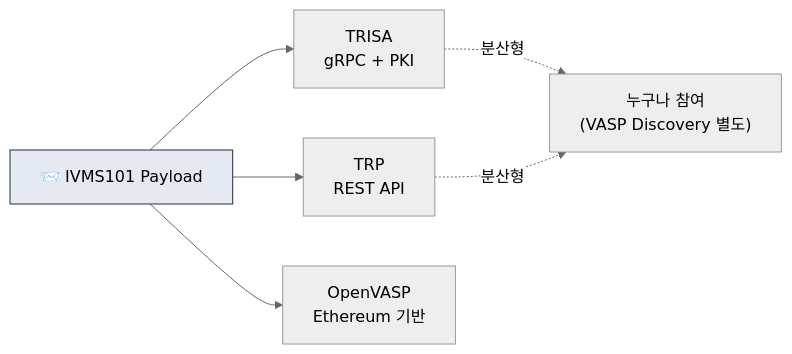
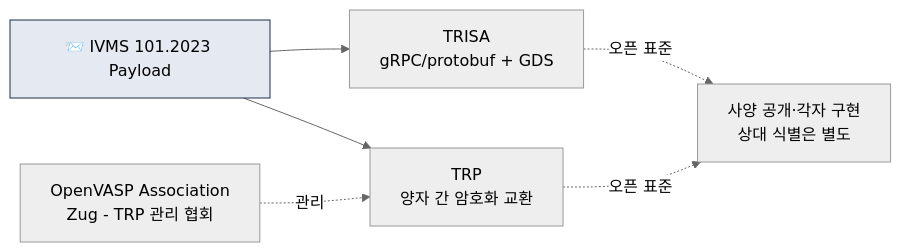
Before and after one commit to lala-david/aml-notes: the first of 2 diagrams in curriculum/day_24.md, drawn with Mermaid (neutral theme). The commit also changed other lines of this file and 233 other files, not shown here.

````diff
--- a/curriculum/day_24.md
+++ b/curriculum/day_24.md
@@ -13,9 +13,9 @@
 ```mermaid
 flowchart LR
-    S["📨 IVMS101 Payload"] --> T["TRISA<br/>gRPC + PKI"]
-    S --> P["TRP<br/>REST API"]
-    S --> O["OpenVASP<br/>Ethereum 기반"]
-    T -.분산형.-> D["누구나 참여<br/>(VASP Discovery 별도)"]
-    P -.분산형.-> D
+    S["📨 IVMS 101.2023 Payload"] --> T["TRISA<br/>gRPC/protobuf + GDS"]
+    S --> P["TRP<br/>양자 간 암호화 교환"]
+    O["OpenVASP Association<br/>Zug - TRP 관리 협회"] -.관리.-> P
+    T -.오픈 표준.-> D["사양 공개·각자 구현<br/>상대 식별은 별도"]
+    P -.오픈 표준.-> D
     style S fill:#e5eaf2,stroke:#1a2e4a
 ```
````
